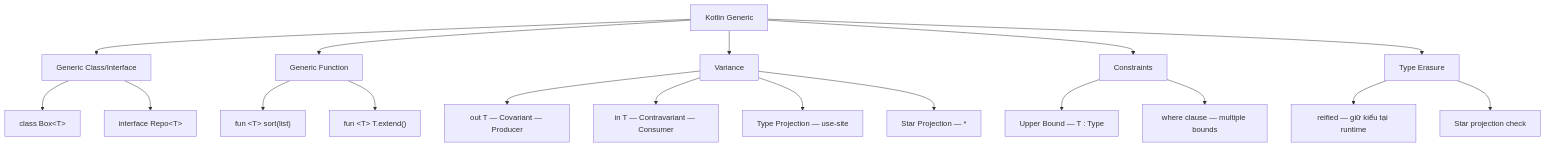
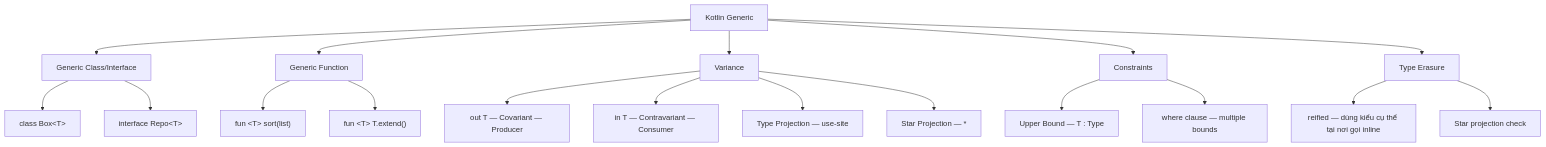
The diagram in src/DayOne/kotlin_generics.md (haitran3-droid/KotlinTraining), drawn with Mermaid before and after one commit. The commit also changed other lines of this file and 7 other files, not shown here.

````diff
--- a/src/DayOne/kotlin_generics.md
+++ b/src/DayOne/kotlin_generics.md
@@ -330,25 +341,25 @@
 ```mermaid
 graph TD
     A["Kotlin Generic"] --> B["Generic Class/Interface"]
     A --> C["Generic Function"]
     A --> D["Variance"]
     A --> E["Constraints"]
     A --> F["Type Erasure"]
     
     B --> B1["class Box&lt;T&gt;"]
     B --> B2["interface Repo&lt;T&gt;"]
     
     C --> C1["fun &lt;T&gt; sort(list)"]
     C --> C2["fun &lt;T&gt; T.extend()"]
     
     D --> D1["out T — Covariant — Producer"]
     D --> D2["in T — Contravariant — Consumer"]
     D --> D3["Type Projection — use-site"]
     D --> D4["Star Projection — *"]
     
     E --> E1["Upper Bound — T : Type"]
     E --> E2["where clause — multiple bounds"]
     
-    F --> F1["reified — giữ kiểu tại runtime"]
+    F --> F1["reified — dùng kiểu cụ thể tại nơi gọi inline"]
     F --> F2["Star projection check"]
 ```
````
